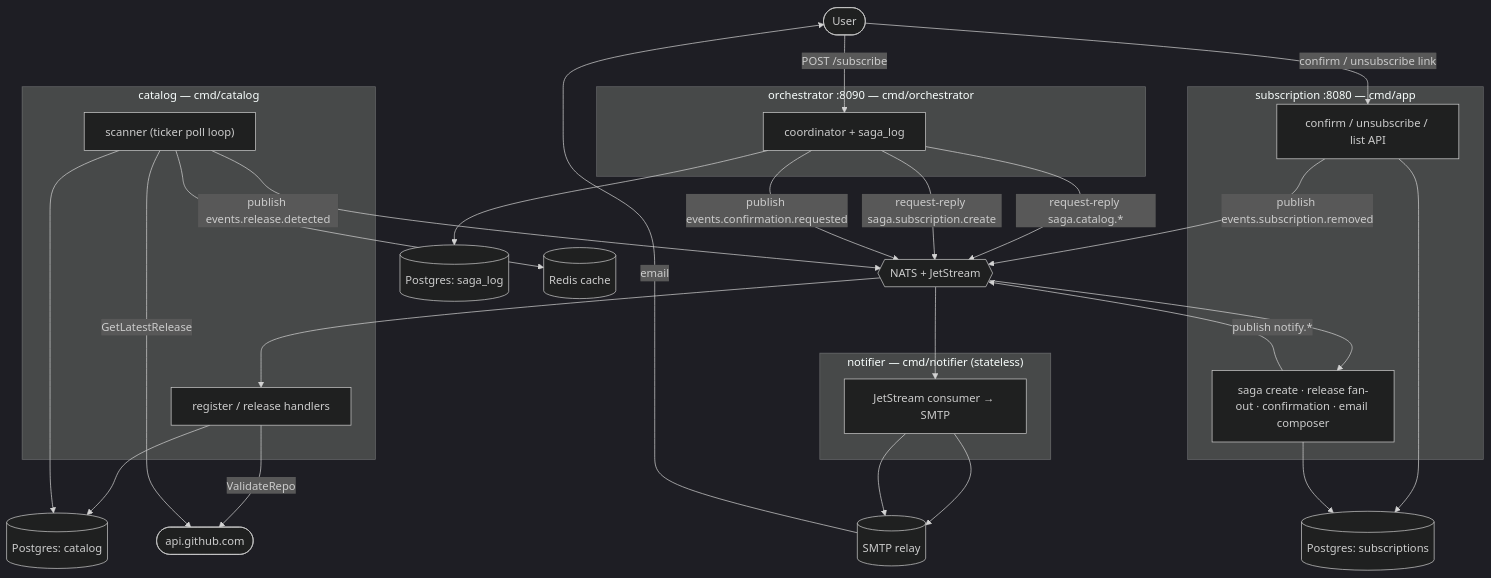
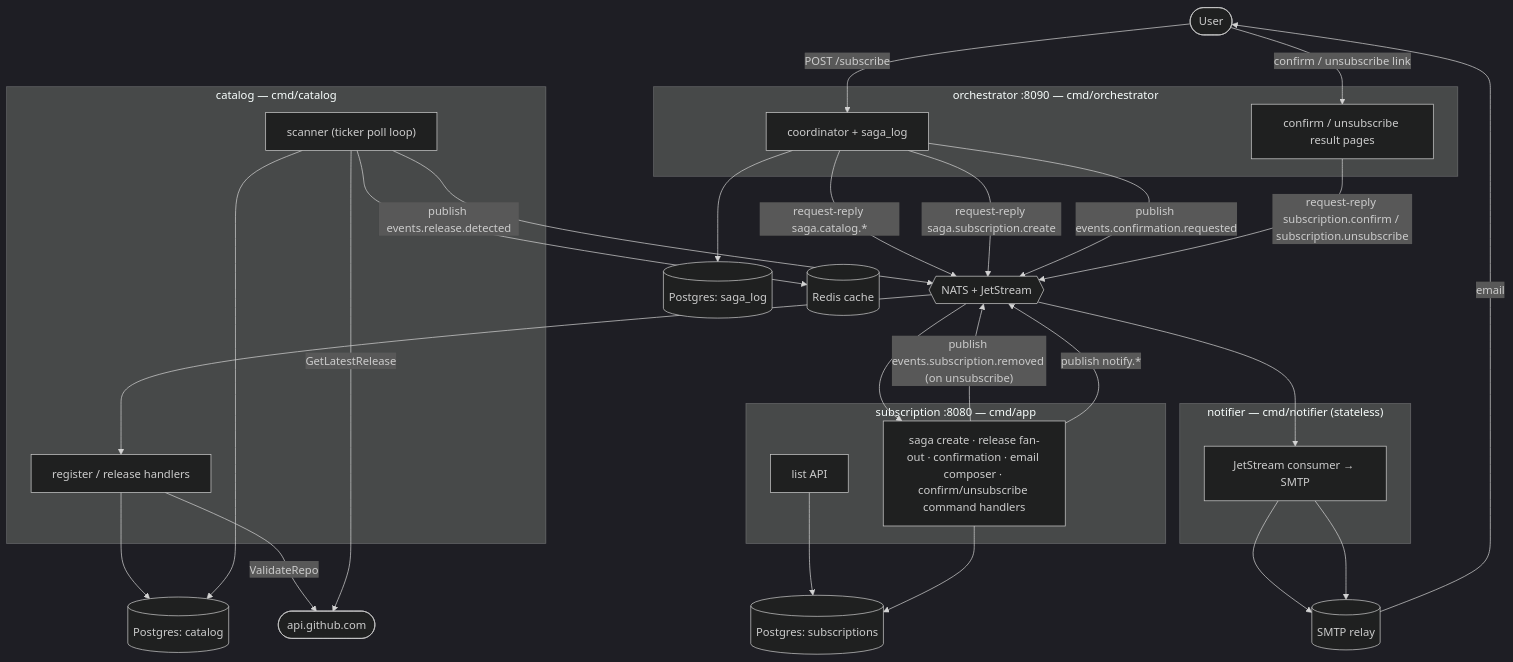
Before and after one commit to GenesisEducationKyiv/software-engineering-school-6-0-Andriy-Sydorenko: the first of 4 diagrams in docs/system-design.md, drawn with Mermaid (dark theme). The commit also changed other lines of this file and 24 other files, not shown here.

Commit message:
feat(notifier): Send List-Unsubscribe header and multipart plaintext email

````diff
--- a/docs/system-design.md
+++ b/docs/system-design.md
@@ -56,47 +58,49 @@
 ```mermaid
 flowchart TB
     User([User])
     SMTP[(SMTP relay)] -->|email| User
 
     subgraph ORCH["orchestrator :8090 — cmd/orchestrator"]
       Oco["coordinator + saga_log"]
+      Opg["confirm / unsubscribe result pages"]
     end
     subgraph SUB["subscription :8080 — cmd/app"]
-      SAPI["confirm / unsubscribe / list API"]
-      SH["saga create · release fan-out · confirmation · email composer"]
+      SAPI["list API"]
+      SH["saga create · release fan-out · confirmation · email composer · confirm/unsubscribe command handlers"]
     end
     subgraph CAT["catalog — cmd/catalog"]
       CH["register / release handlers"]
       SCAN["scanner (ticker poll loop)"]
     end
     subgraph NOT["notifier — cmd/notifier (stateless)"]
       NS["JetStream consumer → SMTP"]
     end
 
     NATS{{"NATS + JetStream"}}
 
     User -->|"POST /subscribe"| Oco
-    User -->|"confirm / unsubscribe link"| SAPI
+    User -->|"confirm / unsubscribe link"| Opg
 
     Oco -->|"request-reply saga.catalog.*"| NATS
     Oco -->|"request-reply saga.subscription.create"| NATS
     Oco -->|"publish events.confirmation.requested"| NATS
+    Opg -->|"request-reply subscription.confirm / subscription.unsubscribe"| NATS
     NATS --> CH
     NATS --> SH
     SCAN -->|"publish events.release.detected"| NATS
-    SAPI -->|"publish events.subscription.removed"| NATS
+    SH -->|"publish events.subscription.removed (on unsubscribe)"| NATS
     SH -->|"publish notify.*"| NATS
     NATS --> NS
     NS --> SMTP
 
     Oco --> PGO[(Postgres: saga_log)]
     SAPI --> PGS[(Postgres: subscriptions)]
     SH --> PGS
     CH --> PGC[(Postgres: catalog)]
     SCAN --> PGC
 
     CH -->|ValidateRepo| GH([api.github.com])
     SCAN -->|GetLatestRelease| GH
     SCAN --> Cache[(Redis cache)]
     NS --> SMTP
 ```
````
